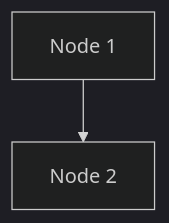
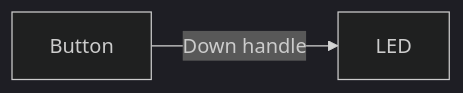
The first of 2 diagrams in apps/nextjs-app/app/docs/microflow-studio/edges/page.md (xiduzo/microflow), drawn with Mermaid (dark theme) before and after one commit. The commit also changed other lines of this file and 80 other files, not shown here.

````diff
--- a/apps/nextjs-app/app/docs/microflow-studio/edges/page.md
+++ b/apps/nextjs-app/app/docs/microflow-studio/edges/page.md
@@ -15,4 +17,4 @@
 ```mermaid
-flowchart TB
-    A[Node 1] --> B[Node 2]
+flowchart LR
+    A[Button]-- Down handle -->B[LED]
 ```
````
